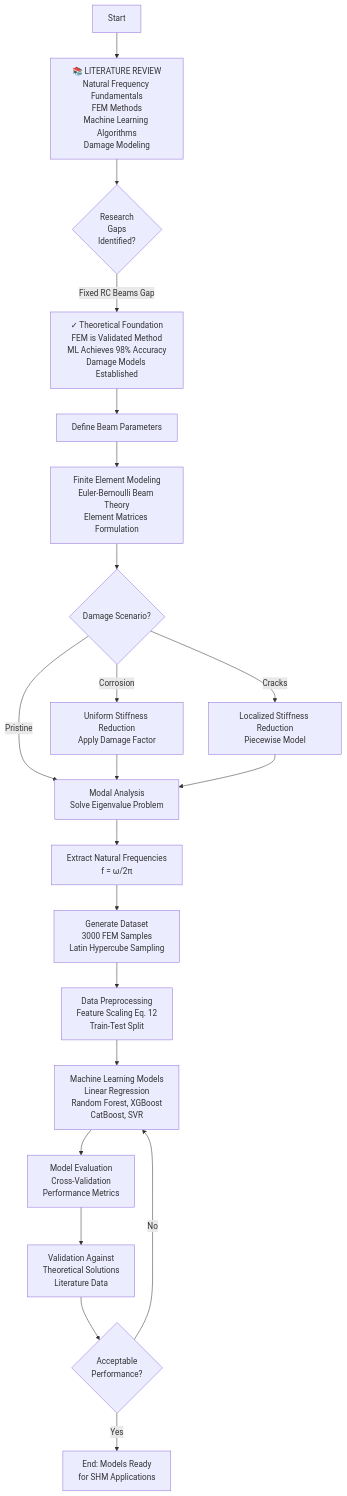
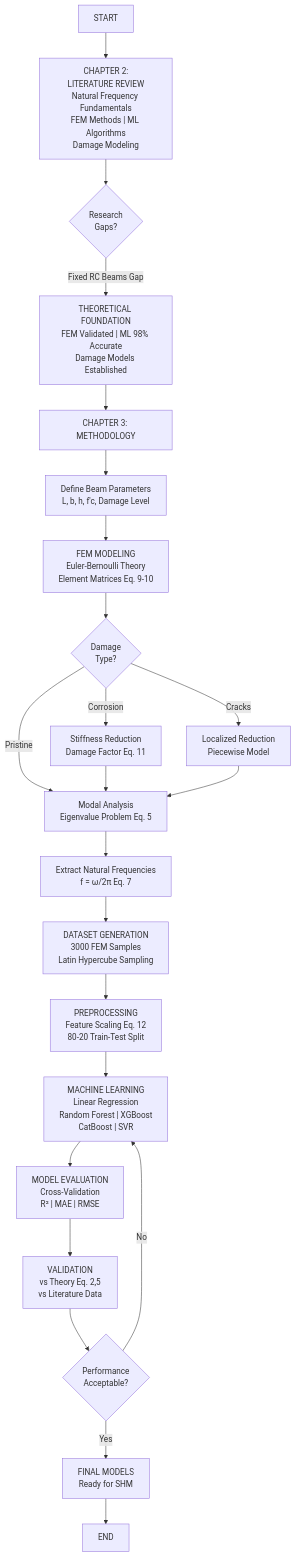
The diagram in documentation.md (mabdulrafea101/FEM-MS), drawn with Mermaid before and after one commit. The commit also changed other lines of this file, not shown here.

Commit message:
added table captions

````diff
--- a/documentation.md
+++ b/documentation.md
@@ -323,23 +331,37 @@
 ```mermaid
 graph TD
-    A[Start] --> B["📚 LITERATURE REVIEW<br/>Natural Frequency Fundamentals<br/>FEM Methods<br/>Machine Learning Algorithms<br/>Damage Modeling"]
-    B --> C{Research<br/>Gaps<br/>Identified?}
-    C -- Fixed RC Beams Gap --> D["✓ Theoretical Foundation<br/>FEM is Validated Method<br/>ML Achieves 98% Accuracy<br/>Damage Models Established"]
-    D --> E[Define Beam Parameters]
-    E --> F[Finite Element Modeling<br/>Euler-Bernoulli Beam Theory<br/>Element Matrices Formulation]
-    F --> G{Damage Scenario?}
-    G -- Pristine --> H[Modal Analysis<br/>Solve Eigenvalue Problem]
-    G -- Corrosion --> I[Uniform Stiffness Reduction<br/>Apply Damage Factor]
-    G -- Cracks --> J[Localized Stiffness Reduction<br/>Piecewise Model]
+    A["START"] --> B["CHAPTER 2:<br/>LITERATURE REVIEW<br/>Natural Frequency Fundamentals<br/>FEM Methods | ML Algorithms<br/>Damage Modeling"]
+
+    B --> C{Research<br/>Gaps?}
+    C -- "Fixed RC Beams Gap" --> D["THEORETICAL FOUNDATION<br/>FEM Validated | ML 98% Accurate<br/>Damage Models Established"]
+
+    D --> E["CHAPTER 3: METHODOLOGY"]
+    E --> F1["Define Beam Parameters<br/>L, b, h, f'c, Damage Level"]
+
+    F1 --> F2["FEM MODELING<br/>Euler-Bernoulli Theory<br/>Element Matrices Eq. 9-10"]
+
+    F2 --> G{Damage<br/>Type?}
+    G -->|Pristine| H["Modal Analysis<br/>Eigenvalue Problem Eq. 5"]
+    G -->|Corrosion| I["Stiffness Reduction<br/>Damage Factor Eq. 11"]
+    G -->|Cracks| J["Localized Reduction<br/>Piecewise Model"]
+
     I --> H
     J --> H
-    H --> K[Extract Natural Frequencies<br/>f = ω/2π]
-    K --> L[Generate Dataset<br/>3000 FEM Samples<br/>Latin Hypercube Sampling]
-    L --> M[Data Preprocessing<br/>Feature Scaling Eq. 12<br/>Train-Test Split]
-    M --> N[Machine Learning Models<br/>Linear Regression<br/>Random Forest, XGBoost<br/>CatBoost, SVR]
-    N --> O[Model Evaluation<br/>Cross-Validation<br/>Performance Metrics]
-    O --> P[Validation Against<br/>Theoretical Solutions<br/>Literature Data]
-    P --> Q{Acceptable<br/>Performance?}
-    Q -- Yes --> R[End: Models Ready<br/>for SHM Applications]
-    Q -- No --> N
+
+    H --> K["Extract Natural Frequencies<br/>f = ω/2π Eq. 7"]
+    K --> L["DATASET GENERATION<br/>3000 FEM Samples<br/>Latin Hypercube Sampling"]
+
+    L --> M["PREPROCESSING<br/>Feature Scaling Eq. 12<br/>80-20 Train-Test Split"]
+
+    M --> N["MACHINE LEARNING<br/>Linear Regression<br/>Random Forest | XGBoost<br/>CatBoost | SVR"]
+
+    N --> O["MODEL EVALUATION<br/>Cross-Validation<br/>R² | MAE | RMSE"]
+
+    O --> P["VALIDATION<br/>vs Theory Eq. 2,5<br/>vs Literature Data"]
+
+    P --> Q{Performance<br/>Acceptable?}
+    Q -->|No| N
+    Q -->|Yes| R["FINAL MODELS<br/>Ready for SHM"]
+
+    R --> S["END"]
 ```
````
